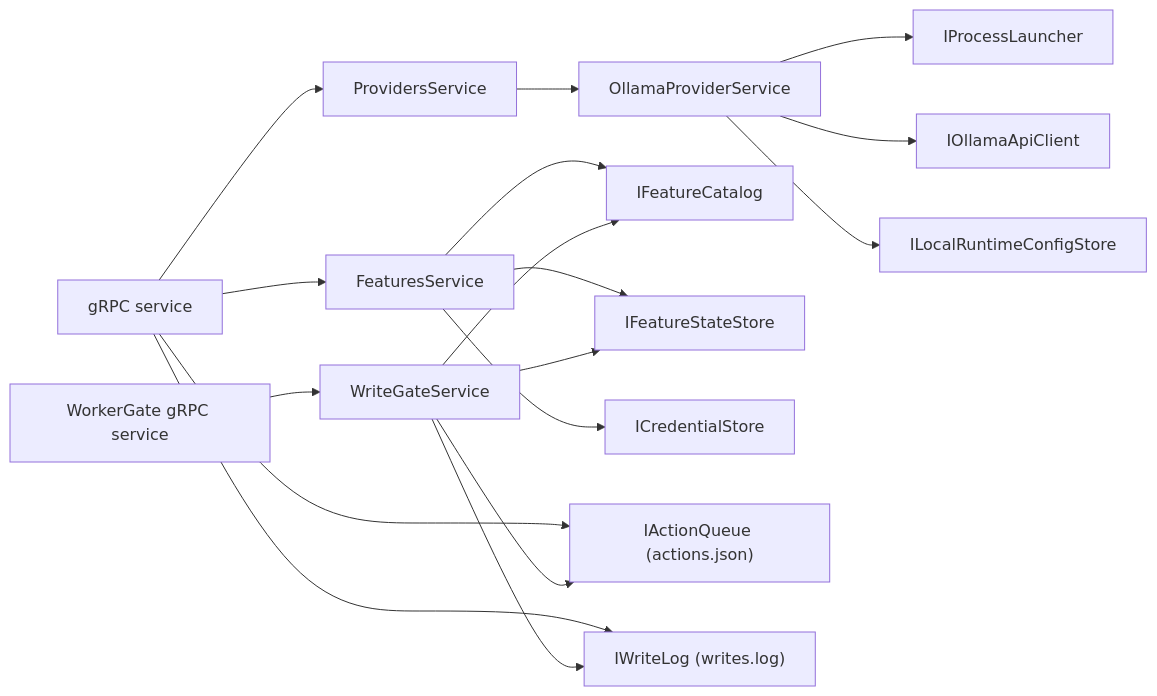
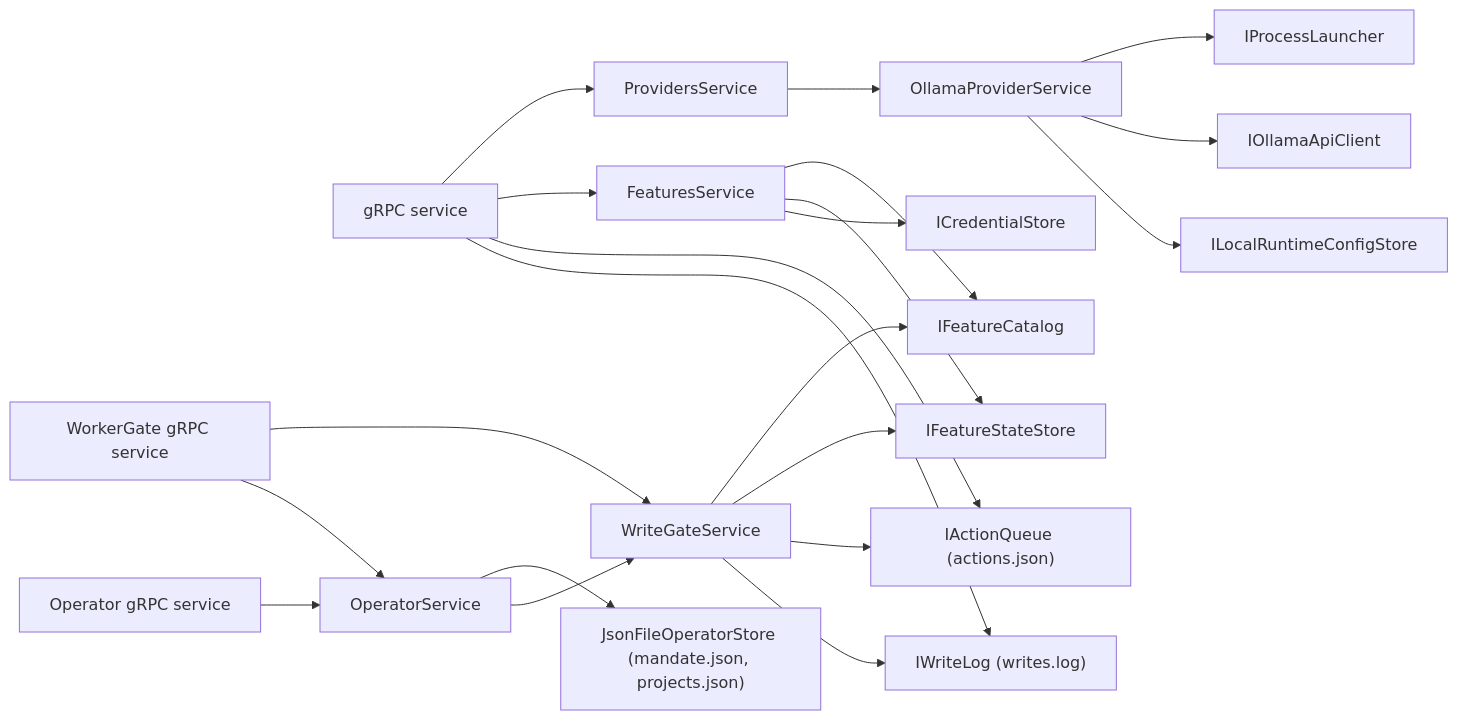
Before and after one commit to vitorafgomes/scout: the diagram in vault/pages/services/control-plane.md, drawn with Mermaid. The commit also changed other lines of this file and 149 other files, not shown here.

````diff
--- a/vault/pages/services/control-plane.md
+++ b/vault/pages/services/control-plane.md
@@ -45,19 +47,23 @@
 ```mermaid
 flowchart LR
     ui["gRPC service"] --> ps["ProvidersService"]
     ps --> ol["OllamaProviderService"]
     ol --> pl["IProcessLauncher"]
     ol --> api["IOllamaApiClient"]
     ol --> cfg["ILocalRuntimeConfigStore"]
     ui --> fs["FeaturesService"]
     fs --> cat["IFeatureCatalog"]
     fs --> st["IFeatureStateStore"]
     fs --> cr["ICredentialStore"]
     ui --> aq["IActionQueue (actions.json)"]
     ui --> wl["IWriteLog (writes.log)"]
     wg["WorkerGate gRPC service"] --> gate["WriteGateService"]
     gate --> cat
     gate --> st
     gate --> aq
     gate --> wl
+    op["Operator gRPC service"] --> os["OperatorService"]
+    wg --> os
+    os --> ost["JsonFileOperatorStore (mandate.json, projects.json)"]
+    os --> gate
 ```
````
